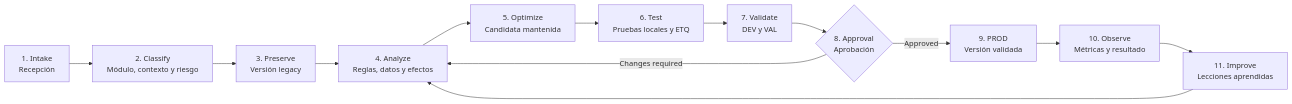
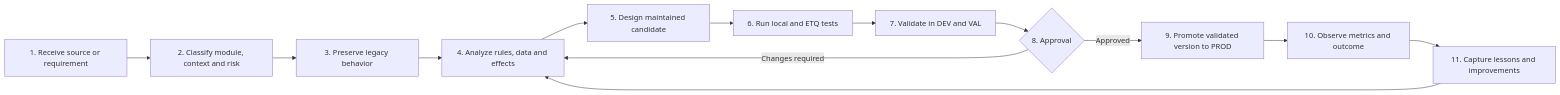
Before and after one commit to yorzethmc/etq-reliance-automation-overview: the fourth of 14 diagrams in README.md, drawn with Mermaid. The commit also changed other lines of this file, not shown here.

````diff
--- a/README.md
+++ b/README.md
@@ -248,15 +225,15 @@
 ```mermaid
 flowchart LR
-    Intake["1. Intake<br/>Recepción"] --> Classify["2. Classify<br/>Módulo, contexto y riesgo"]
-    Classify --> Preserve["3. Preserve<br/>Versión legacy"]
-    Preserve --> Analyze["4. Analyze<br/>Reglas, datos y efectos"]
-    Analyze --> Optimize["5. Optimize<br/>Candidata mantenida"]
-    Optimize --> Test["6. Test<br/>Pruebas locales y ETQ"]
-    Test --> Validate["7. Validate<br/>DEV y VAL"]
-    Validate --> Approve{"8. Approval<br/>Aprobación"}
-    Approve -->|Approved| Deploy["9. PROD<br/>Versión validada"]
+    Intake["1. Receive source or requirement"] --> Classify["2. Classify module, context and risk"]
+    Classify --> Preserve["3. Preserve legacy behavior"]
+    Preserve --> Analyze["4. Analyze rules, data and effects"]
+    Analyze --> Optimize["5. Design maintained candidate"]
+    Optimize --> Test["6. Run local and ETQ tests"]
+    Test --> Validate["7. Validate in DEV and VAL"]
+    Validate --> Approve{"8. Approval"}
+    Approve -->|Approved| Deploy["9. Promote validated version to PROD"]
     Approve -->|Changes required| Analyze
-    Deploy --> Observe["10. Observe<br/>Métricas y resultado"]
-    Observe --> Improve["11. Improve<br/>Lecciones aprendidas"]
+    Deploy --> Observe["10. Observe metrics and outcome"]
+    Observe --> Improve["11. Capture lessons and improvements"]
     Improve --> Analyze
 ```
````
